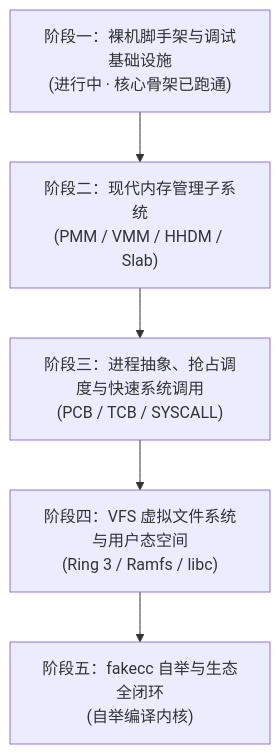
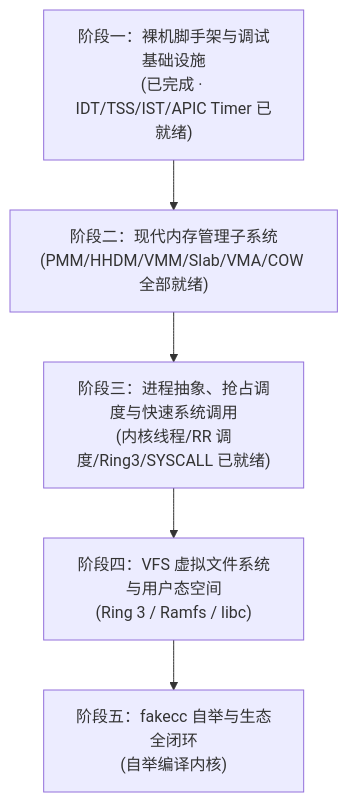
Before and after one commit to esrrhs/fakeos: the diagram in README.md, drawn with Mermaid. The commit also changed other lines of this file and 25 other files, not shown here.

````diff
--- a/README.md
+++ b/README.md
@@ -80,7 +80,6 @@
 ```mermaid
 flowchart TD
-    M1["阶段一：裸机脚手架与调试基础设施<br/>(进行中 · 核心骨架已跑通)"] --> M2["阶段二：现代内存管理子系统<br/>(PMM / VMM / HHDM / Slab)"]
-    M2 --> M3["阶段三：进程抽象、抢占调度与快速系统调用<br/>(PCB / TCB / SYSCALL)"]
+    M1["阶段一：裸机脚手架与调试基础设施<br/>(已完成 · IDT/TSS/IST/APIC Timer 已就绪)"] --> M2["阶段二：现代内存管理子系统<br/>(PMM/HHDM/VMM/Slab/VMA/COW 全部就绪)"] --> M3["阶段三：进程抽象、抢占调度与快速系统调用<br/>(内核线程/RR 调度/Ring3/SYSCALL 已就绪)"]
     M3 --> M4["阶段四：VFS 虚拟文件系统与用户态空间<br/>(Ring 3 / Ramfs / libc)"]
     M4 --> M5["阶段五：fakecc 自举与生态全闭环<br/>(自举编译内核)"]
 ```
````
